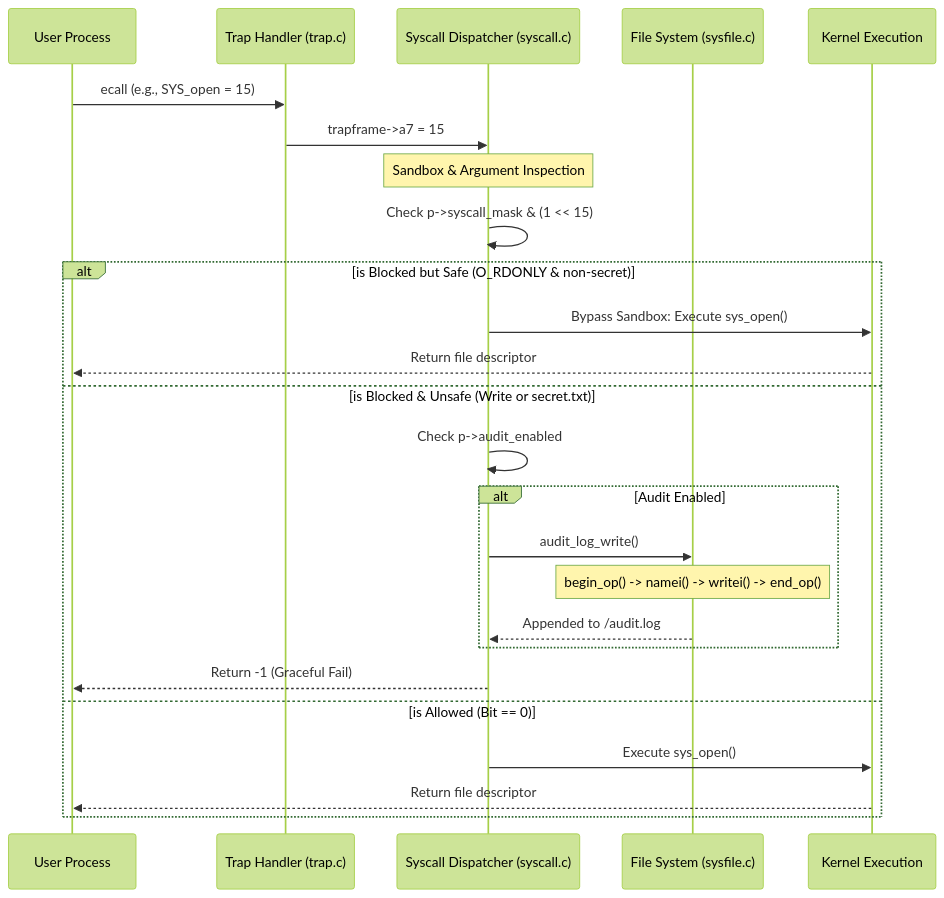
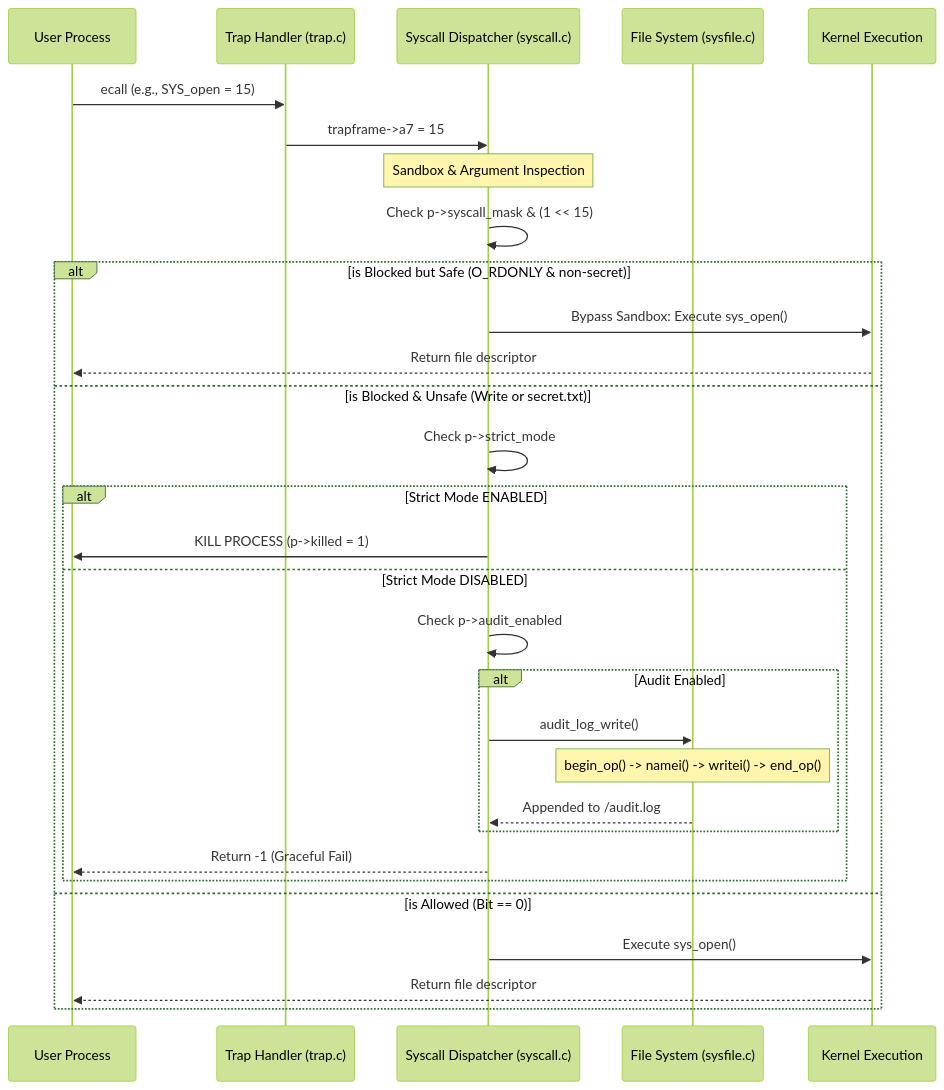
One commit to SangNmd2004/xv6-syscall-filter changed the first of 2 diagrams in README.md. Above: the diagram before and after it, drawn with Mermaid (forest theme). The commit also changed other lines of this file, not shown here.

Commit message:
Update README diagrams to include Strict Mode logic

````diff
--- a/README.md
+++ b/README.md
@@ -62,30 +62,35 @@
 ```mermaid
 sequenceDiagram
     participant UserProcess as User Process
     participant Trap as Trap Handler (trap.c)
     participant SyscallDispatcher as Syscall Dispatcher (syscall.c)
     participant FS as File System (sysfile.c)
     participant Kernel as Kernel Execution
 
     UserProcess->>Trap: ecall (e.g., SYS_open = 15)
     Trap->>SyscallDispatcher: trapframe->a7 = 15
     
     Note over SyscallDispatcher: Sandbox & Argument Inspection
     SyscallDispatcher->>SyscallDispatcher: Check p->syscall_mask & (1 << 15)
     
     alt is Blocked but Safe (O_RDONLY & non-secret)
         SyscallDispatcher->>Kernel: Bypass Sandbox: Execute sys_open()
         Kernel-->>UserProcess: Return file descriptor
     else is Blocked & Unsafe (Write or secret.txt)
-        SyscallDispatcher->>SyscallDispatcher: Check p->audit_enabled
-        alt Audit Enabled
-            SyscallDispatcher->>FS: audit_log_write()
-            Note over FS: begin_op() -> namei() -> writei() -> end_op()
-            FS-->>SyscallDispatcher: Appended to /audit.log
+        SyscallDispatcher->>SyscallDispatcher: Check p->strict_mode
+        alt Strict Mode ENABLED
+            SyscallDispatcher->>UserProcess: KILL PROCESS (p->killed = 1)
+        else Strict Mode DISABLED
+            SyscallDispatcher->>SyscallDispatcher: Check p->audit_enabled
+            alt Audit Enabled
+                SyscallDispatcher->>FS: audit_log_write()
+                Note over FS: begin_op() -> namei() -> writei() -> end_op()
+                FS-->>SyscallDispatcher: Appended to /audit.log
+            end
+            SyscallDispatcher-->>UserProcess: Return -1 (Graceful Fail)
         end
-        SyscallDispatcher-->>UserProcess: Return -1 (Graceful Fail)
     else is Allowed (Bit == 0)
         SyscallDispatcher->>Kernel: Execute sys_open()
         Kernel-->>UserProcess: Return file descriptor
     end
 ```
````
